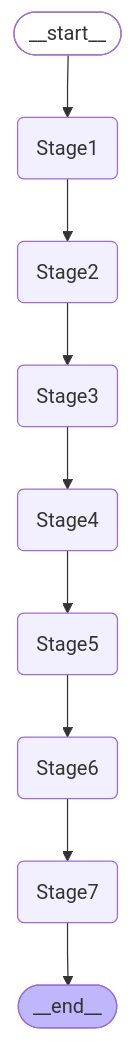
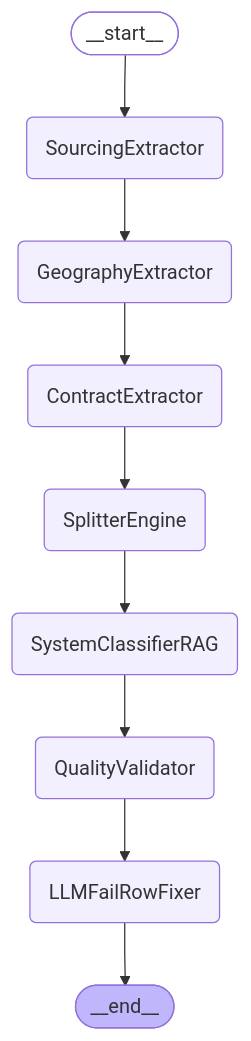
The diagram in notebook/workflow.mmd (mukesh1996-ds/Agentic-AI-Defense-Data-Extraction), drawn with Mermaid before and after one commit. The commit also changed 17 other files, not shown here.

```diff
--- a/notebook/workflow.mmd
+++ b/notebook/workflow.mmd
@@ -1,26 +1,26 @@
 ---
 config:
   flowchart:
     curve: linear
 ---
 graph TD;
 	__start__([<p>__start__</p>]):::first
-	Stage1(Stage1)
-	Stage2(Stage2)
-	Stage3(Stage3)
-	Stage4(Stage4)
-	Stage5(Stage5)
-	Stage6(Stage6)
-	Stage7(Stage7)
+	SourcingExtractor(SourcingExtractor)
+	GeographyExtractor(GeographyExtractor)
+	ContractExtractor(ContractExtractor)
+	SplitterEngine(SplitterEngine)
+	SystemClassifierRAG(SystemClassifierRAG)
+	QualityValidator(QualityValidator)
+	LLMFailRowFixer(LLMFailRowFixer)
 	__end__([<p>__end__</p>]):::last
-	Stage1 --> Stage2;
-	Stage2 --> Stage3;
-	Stage3 --> Stage4;
-	Stage4 --> Stage5;
-	Stage5 --> Stage6;
-	Stage6 --> Stage7;
-	__start__ --> Stage1;
-	Stage7 --> __end__;
+	ContractExtractor --> SplitterEngine;
+	GeographyExtractor --> ContractExtractor;
+	QualityValidator --> LLMFailRowFixer;
+	SourcingExtractor --> GeographyExtractor;
+	SplitterEngine --> SystemClassifierRAG;
+	SystemClassifierRAG --> QualityValidator;
+	__start__ --> SourcingExtractor;
+	LLMFailRowFixer --> __end__;
 	classDef default fill:#f2f0ff,line-height:1.2
 	classDef first fill-opacity:0
 	classDef last fill:#bfb6fc
```
